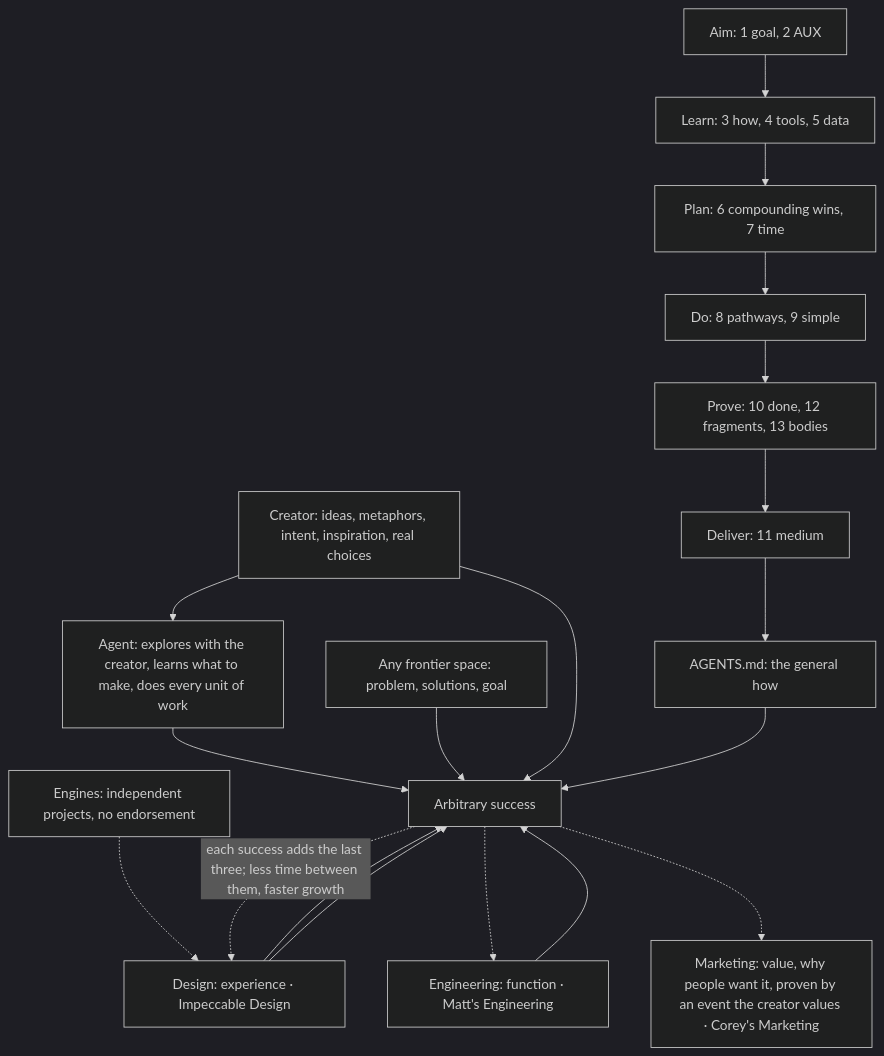
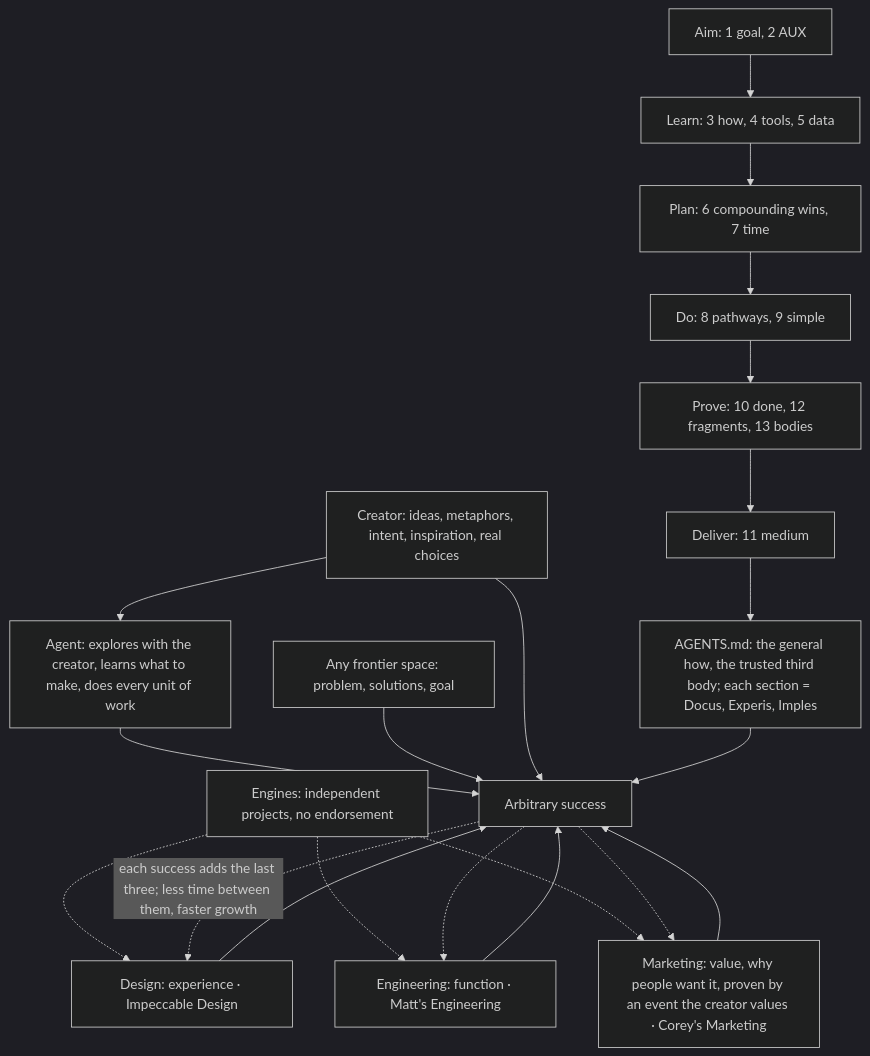
The first of 14 diagrams in AGENTS.md (SolenixAI/arbiter), drawn with Mermaid (dark theme) before and after one commit. The commit also changed other lines of this file, not shown here.

Commit message:
docs(agents): root light pass: creator is the user, section triplet in all bodies, every engine feeds success

````diff
--- a/AGENTS.md
+++ b/AGENTS.md
@@ -44,16 +45,18 @@
 ```mermaid
 flowchart TD
-  A[Aim: 1 goal, 2 AUX] --> L[Learn: 3 how, 4 tools, 5 data] --> P[Plan: 6 compounding wins, 7 time] --> D[Do: 8 pathways, 9 simple] --> V[Prove: 10 done, 12 fragments, 13 bodies] --> O[Deliver: 11 medium] --> F[AGENTS.md: the general how]
+  A[Aim: 1 goal, 2 AUX] --> L[Learn: 3 how, 4 tools, 5 data] --> P[Plan: 6 compounding wins, 7 time] --> D[Do: 8 pathways, 9 simple] --> V[Prove: 10 done, 12 fragments, 13 bodies] --> O[Deliver: 11 medium] --> F["AGENTS.md: the general how, the trusted third body; each section = Docus, Experis, Imples"]
   CR[Creator: ideas, metaphors, intent, inspiration, real choices] --> AG[Agent: explores with the creator, learns what to make, does every unit of work]
   AG --> S[Arbitrary success]
   FS["Any frontier space: problem, solutions, goal"] --> S
   CR --> S
   F --> S
   DS[Design: experience · Impeccable Design] --> S
   EG[Engineering: function · Matt's Engineering] --> S
-  SL[Marketing: value, why people want it, proven by an event the creator values · Corey's Marketing]
-  EN[Engines: independent projects, no endorsement] -.-> DS --> S
+  SL[Marketing: value, why people want it, proven by an event the creator values · Corey's Marketing] --> S
+  EN[Engines: independent projects, no endorsement] -.-> DS
+  EN -.-> EG
+  EN -.-> SL
   S -.->|"each success adds the last three; less time between them, faster growth"| DS
   S -.-> EG
   S -.-> SL
 ```
````
